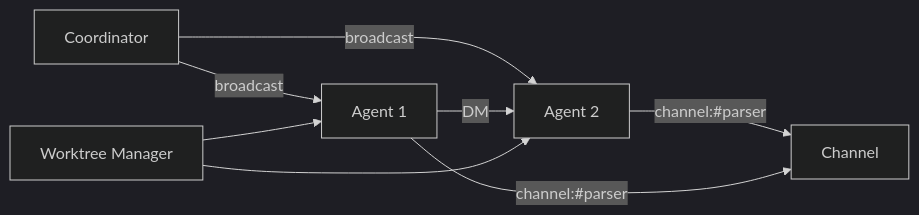
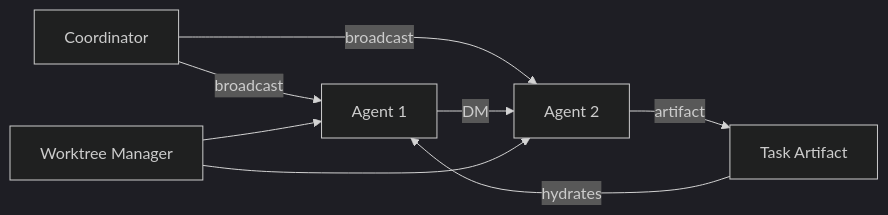
Before and after one commit to jerudnik/jcode: the fifth of 6 diagrams in docs/SWARM_ARCHITECTURE.md, drawn with Mermaid (dark theme). The commit also changed other lines of this file and 7 other files, not shown here.

````diff
--- a/docs/SWARM_ARCHITECTURE.md
+++ b/docs/SWARM_ARCHITECTURE.md
@@ -264,10 +265,10 @@
 ```mermaid
 flowchart LR
   Coord[Coordinator] -->|broadcast| A1[Agent 1]
   Coord -->|broadcast| A2[Agent 2]
   A1 -->|DM| A2
-  A2 -->|channel:#parser| Chan[Channel]
-  A1 -->|channel:#parser| Chan
+  A2 -->|artifact| T2[Task Artifact]
+  T2 -->|hydrates| A1
   WTM[Worktree Manager] --> A1
   WTM --> A2
 ```
````
